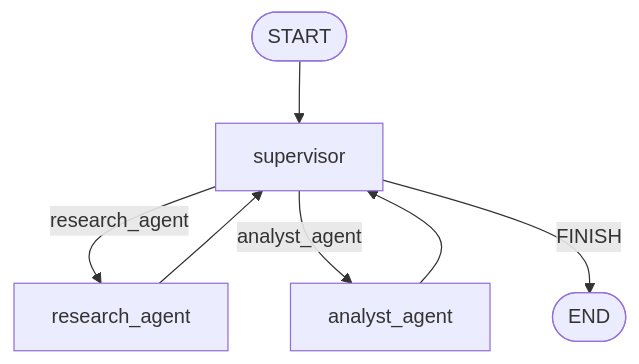
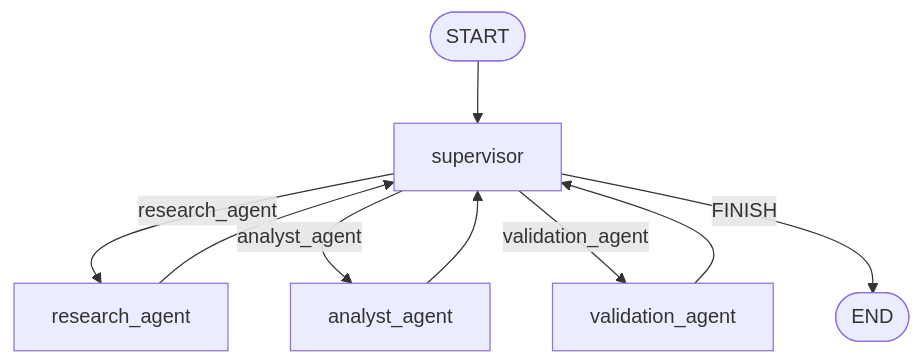
The diagram in README.md (RamiroCovian/hierarchical-multi-agent-orchestrator), drawn with Mermaid before and after one commit. The commit also changed other lines of this file and 8 other files, not shown here.

````diff
--- a/README.md
+++ b/README.md
@@ -15,9 +16,11 @@
 ```mermaid
 flowchart TD
     START([START]) --> supervisor
     supervisor -->|research_agent| research_agent
     supervisor -->|analyst_agent| analyst_agent
+    supervisor -->|validation_agent| validation_agent
     supervisor -->|FINISH| END([END])
     research_agent --> supervisor
     analyst_agent --> supervisor
+    validation_agent --> supervisor
 ```
````
